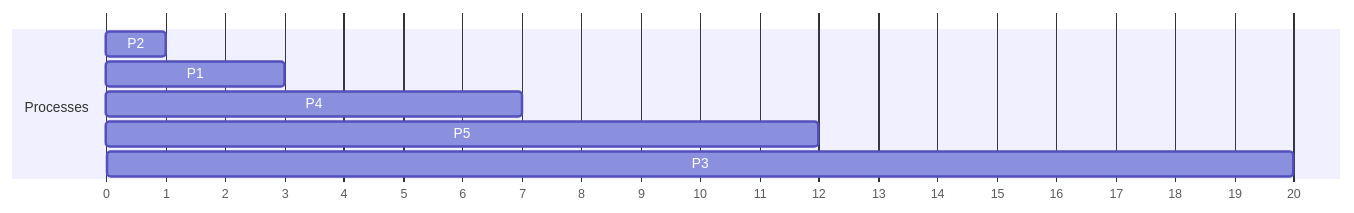
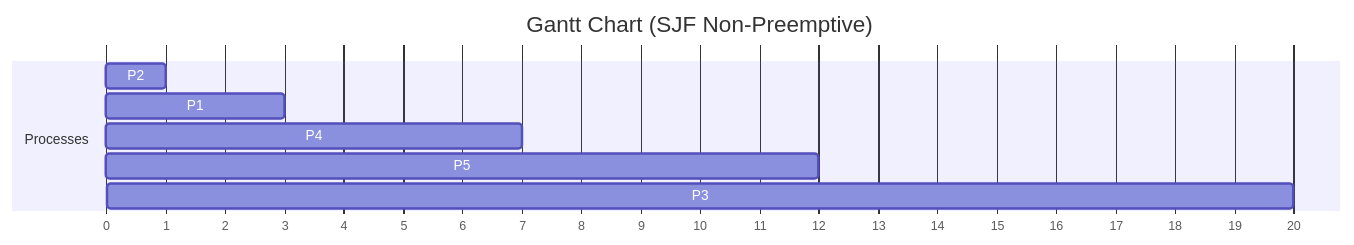
Before and after one commit to ANAZUMROTU/SisOp-2025: the first of 3 diagrams in Schedulling2/Scheduling2.md, drawn with Mermaid. The commit also changed other lines of this file, not shown here.

````diff
--- a/Schedulling2/Scheduling2.md
+++ b/Schedulling2/Scheduling2.md
@@ -15,11 +15,12 @@
 ```mermaid
 gantt
+    title Gantt Chart (SJF Non-Preemptive)
     dateFormat  X
     axisFormat %s
     section Processes
     P2:0,1
     P1:1,3
     P4:3,7
     P5:7,12
     P3:12,20
 ```
````
